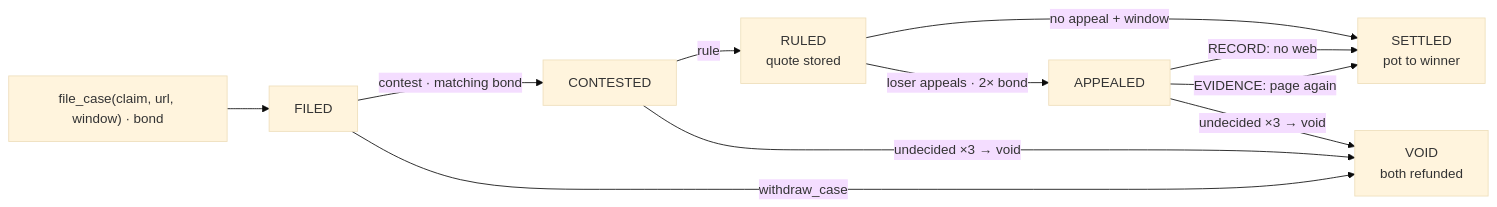
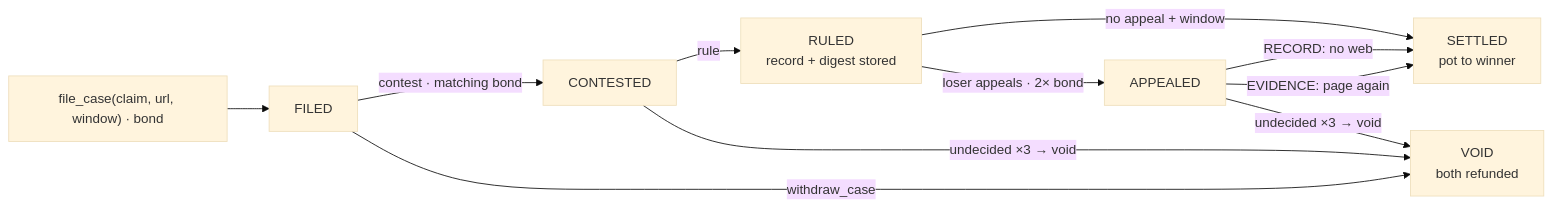
Before and after one commit to weels007/genlayer-assize: the diagram in README.md, drawn with Mermaid (base theme). The commit also changed other lines of this file and 2 other files, not shown here.

First line of the commit message:
Describe and prove the record a RECORD appeal argues over

````diff
--- a/README.md
+++ b/README.md
@@ -56,13 +62,13 @@
 ```mermaid
 flowchart LR
   F["file_case(claim, url, window) · bond"] --> C1[FILED]
   C1 -- "contest · matching bond" --> C2[CONTESTED]
-  C2 -- "rule" --> R[RULED<br/>quote stored]
+  C2 -- "rule" --> R[RULED<br/>record + digest stored]
   R -- "no appeal + window" --> S[SETTLED<br/>pot to winner]
   R -- "loser appeals · 2× bond" --> A[APPEALED]
   A -- "RECORD: no web" --> S
   A -- "EVIDENCE: page again" --> S
   C2 -- "undecided ×3 → void" --> V[VOID<br/>both refunded]
   A -- "undecided ×3 → void" --> V
   C1 -- "withdraw_case" --> V
 ```
````
